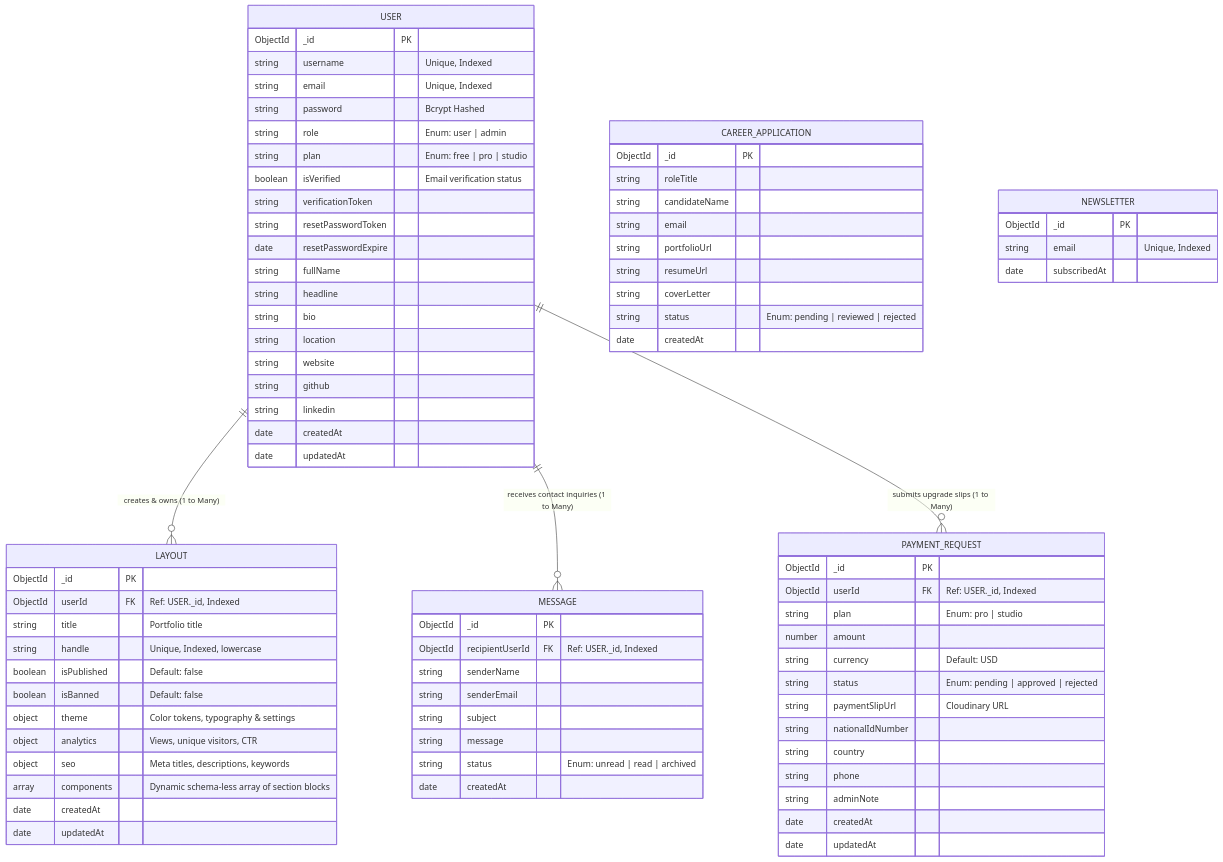
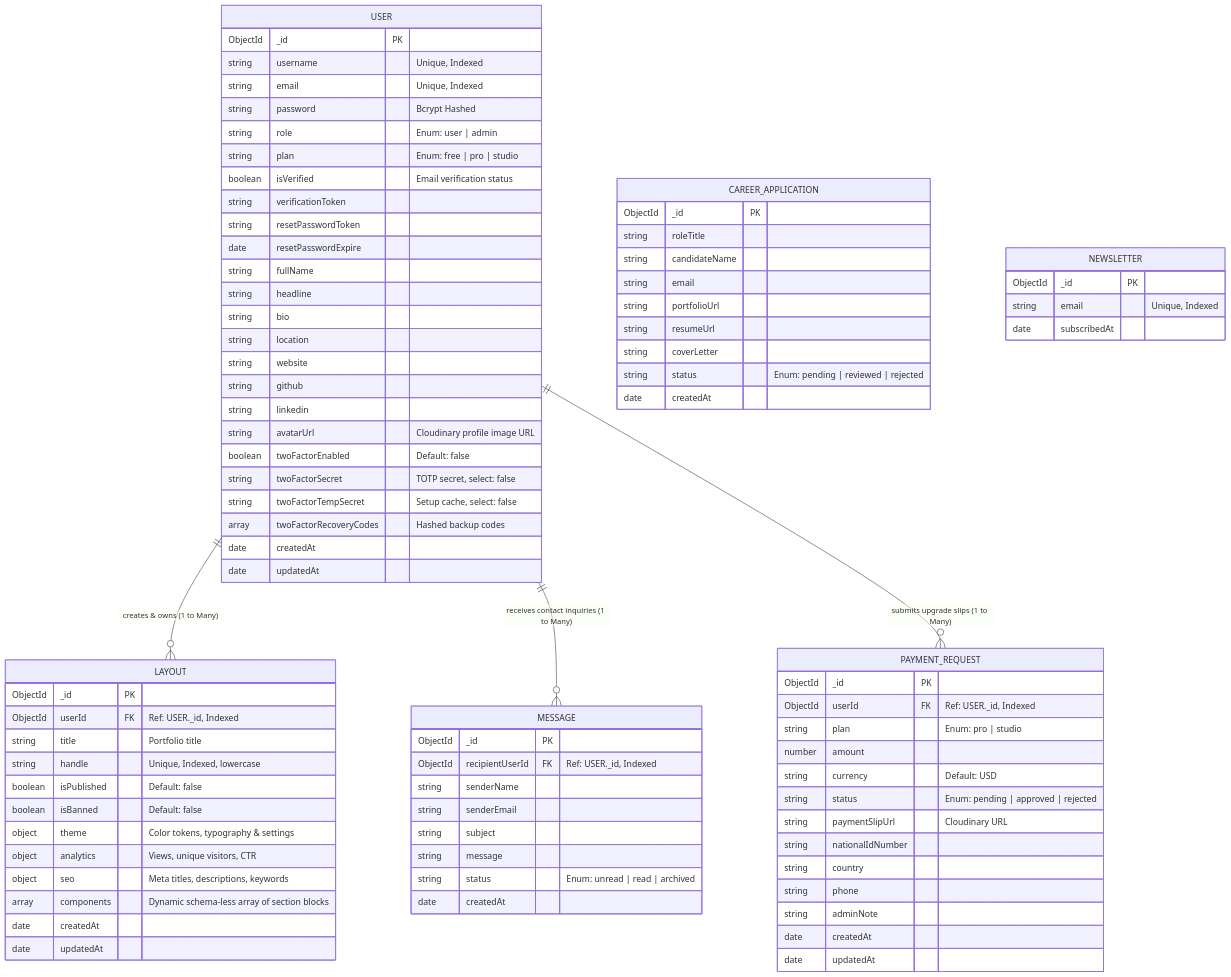
One commit to rsmpdo/portfolio-platform changed the diagram in documentation/04_DATABASE_DESIGN_AND_ERD.md. Above: the diagram before and after it, drawn with Mermaid. The commit also changed other lines of this file and 7 other files, not shown here.

```diff
--- a/documentation/04_DATABASE_DESIGN_AND_ERD.md
+++ b/documentation/04_DATABASE_DESIGN_AND_ERD.md
@@ -41,6 +41,11 @@
         string website
         string github
         string linkedin
+        string avatarUrl "Cloudinary profile image URL"
+        boolean twoFactorEnabled "Default: false"
+        string twoFactorSecret "TOTP secret, select: false"
+        string twoFactorTempSecret "Setup cache, select: false"
+        array twoFactorRecoveryCodes "Hashed backup codes"
         date createdAt
         date updatedAt
     }
```
